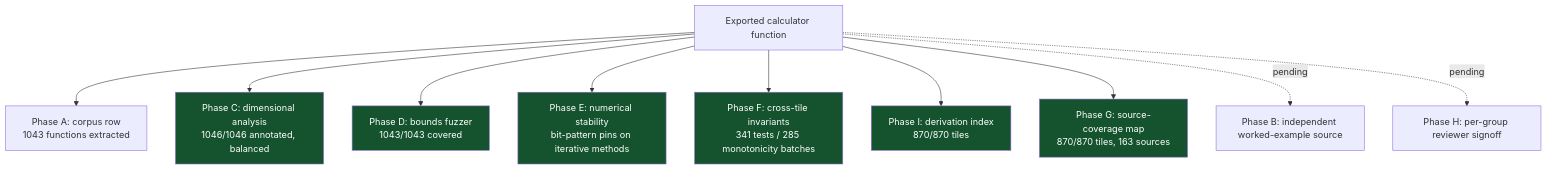
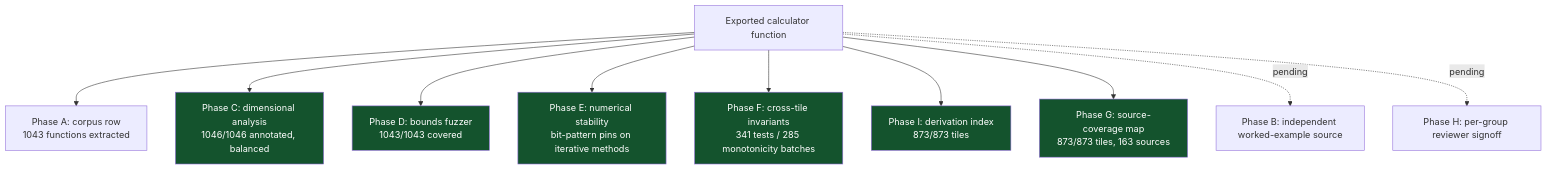
The sixth of 8 diagrams in README.md (clay-good/roughlogic.com), drawn with Mermaid before and after one commit. The commit also changed other lines of this file and 19 other files, not shown here.

````diff
--- a/README.md
+++ b/README.md
@@ -519,18 +519,18 @@
 ```mermaid
 flowchart TB
     F[Exported calculator function] --> A[Phase A: corpus row\n1043 functions extracted]
     F --> C[Phase C: dimensional analysis\n1046/1046 annotated, balanced]
     F --> D[Phase D: bounds fuzzer\n1043/1043 covered]
     F --> E[Phase E: numerical stability\nbit-pattern pins on iterative methods]
     F --> Fa[Phase F: cross-tile invariants\n341 tests / 285 monotonicity batches]
-    F --> I[Phase I: derivation index\n870/870 tiles]
-    F --> G[Phase G: source-coverage map\n870/870 tiles, 163 sources]
+    F --> I[Phase I: derivation index\n873/873 tiles]
+    F --> G[Phase G: source-coverage map\n873/873 tiles, 163 sources]
     F -.pending.-> B[Phase B: independent worked-example source]
     F -.pending.-> H[Phase H: per-group reviewer signoff]
     style C fill:#14532d,color:#fff
     style D fill:#14532d,color:#fff
     style E fill:#14532d,color:#fff
     style Fa fill:#14532d,color:#fff
     style G fill:#14532d,color:#fff
     style I fill:#14532d,color:#fff
 ```
````
